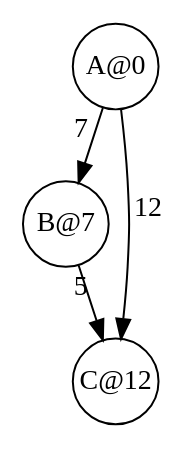
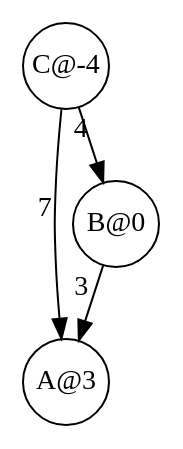
The diagram in graph1.dot (increpare/comusic), drawn with Graphviz before and after one commit. The commit also changed 7 other files, not shown here.

```diff
--- a/graph1.dot
+++ b/graph1.dot
@@ -1,9 +1,9 @@
 digraph G {
 	node [shape=circle fixedsize=true width=0.6 height=0.6 ]
-	a [ label="A@0"]
-	b [ label="B@7"]
-	c [ label="C@12"]
-	a -> b [ xlabel="7"];
-	b -> c [ xlabel="5"];
-	a -> c [ xlabel="12" ];
+	a [ label="A@3"]
+	b [ label="B@0"]
+	c [ label="C@-4"]
+	b -> a [ xlabel="3"];
+	c -> b [ xlabel="4"];
+	c -> a [ xlabel="7" ];
 }
```
